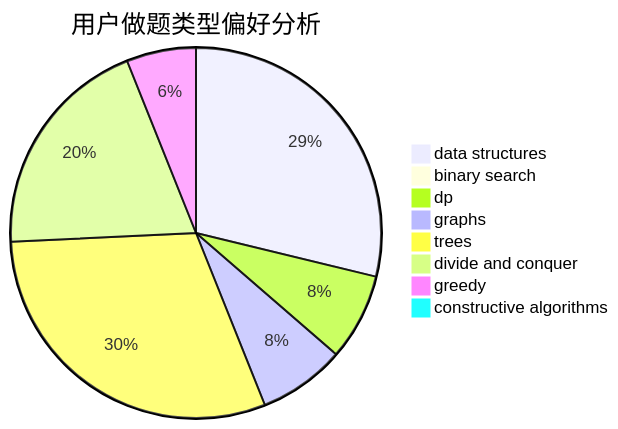
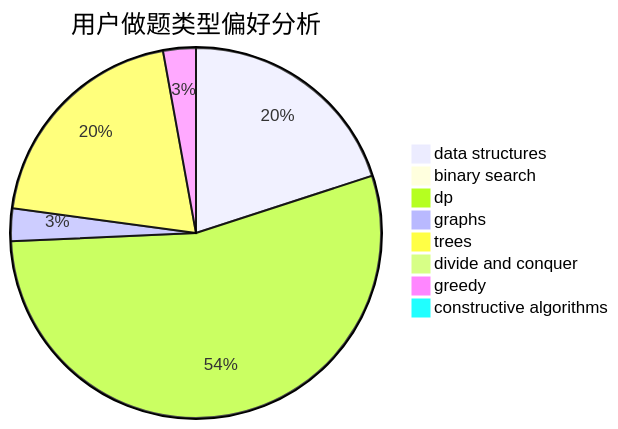
Before and after one commit to sherpahu/cfrs.github.io: the second of 3 diagrams in docs/user/u1001.md, drawn with Mermaid. The commit also changed other lines of this file and 2770 other files, not shown here.

````diff
--- a/docs/user/u1001.md
+++ b/docs/user/u1001.md
@@ -23,11 +23,11 @@
 ```mermaid
 pie title 用户做题类型偏好分析
-    "data structures" :  19
+    "data structures" :  7
     "binary search" :  0
-    "dp" :  5
-    "graphs" :  5
-    "trees" :  20
-    "divide and conquer" :  13
-    "greedy" :  4
+    "dp" :  19
+    "graphs" :  1
+    "trees" :  7
+    "divide and conquer" :  0
+    "greedy" :  1
     "constructive algorithms" :  0
 ```
````
